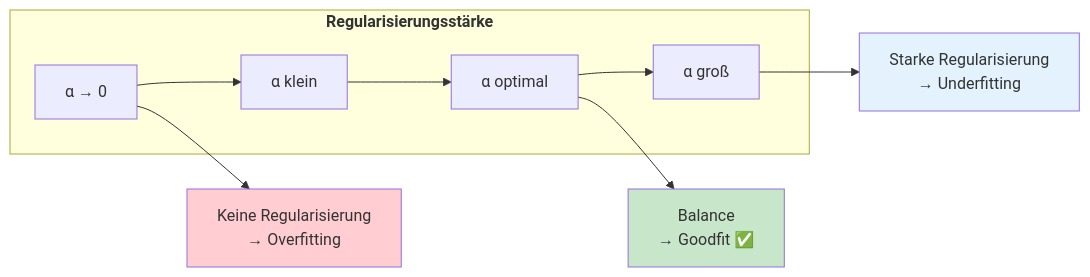
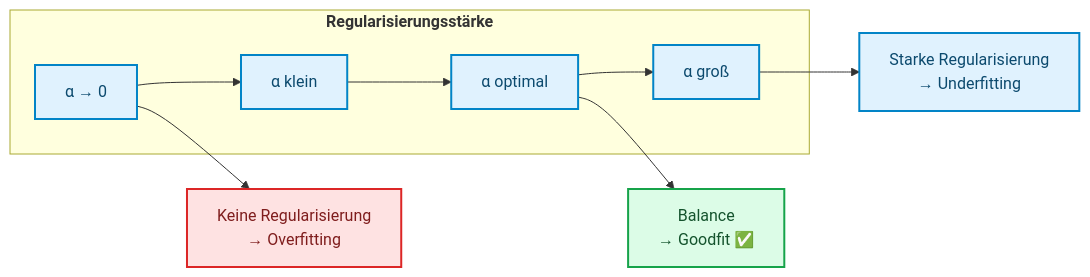
Before and after one commit to ralf-42/ML_Intro: the second of 5 diagrams in docs/concepts/evaluate/regularisierung.md, drawn with Mermaid. The commit also changed other lines of this file and 67 other files, not shown here.

````diff
--- a/docs/concepts/evaluate/regularisierung.md
+++ b/docs/concepts/evaluate/regularisierung.md
@@ -263,14 +266,16 @@
 ```mermaid
 flowchart LR
     subgraph scale["<b>Regularisierungsstärke"]
         A0["α → 0"] --> A1["α klein"] --> A2["α optimal"] --> A3["α groß"]
     end
     
     A0 --> E0["Keine Regularisierung<br/>→ Overfitting"]
     A3 --> E3["Starke Regularisierung<br/>→ Underfitting"]
     A2 --> E2["Balance<br/>→ Goodfit ✅"]
-    
-    style E0 fill:#ffcdd2
-    style E3 fill:#e3f2fd
-    style E2 fill:#c8e6c9
+
+    classDef default fill:#e0f2fe,stroke:#0284c7,stroke-width:2px,color:#0c4a6e;
+    classDef output fill:#dcfce7,stroke:#16a34a,stroke-width:2px,color:#14532d;
+    classDef stop fill:#fee2e2,stroke:#dc2626,stroke-width:2px,color:#7f1d1d;
+    class E2 output;
+    class E0 stop;
 ```
````
